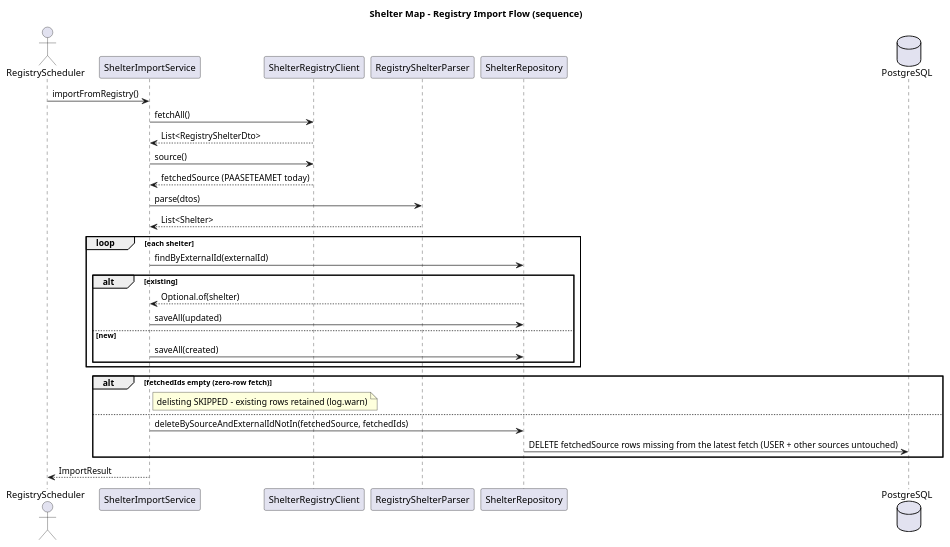
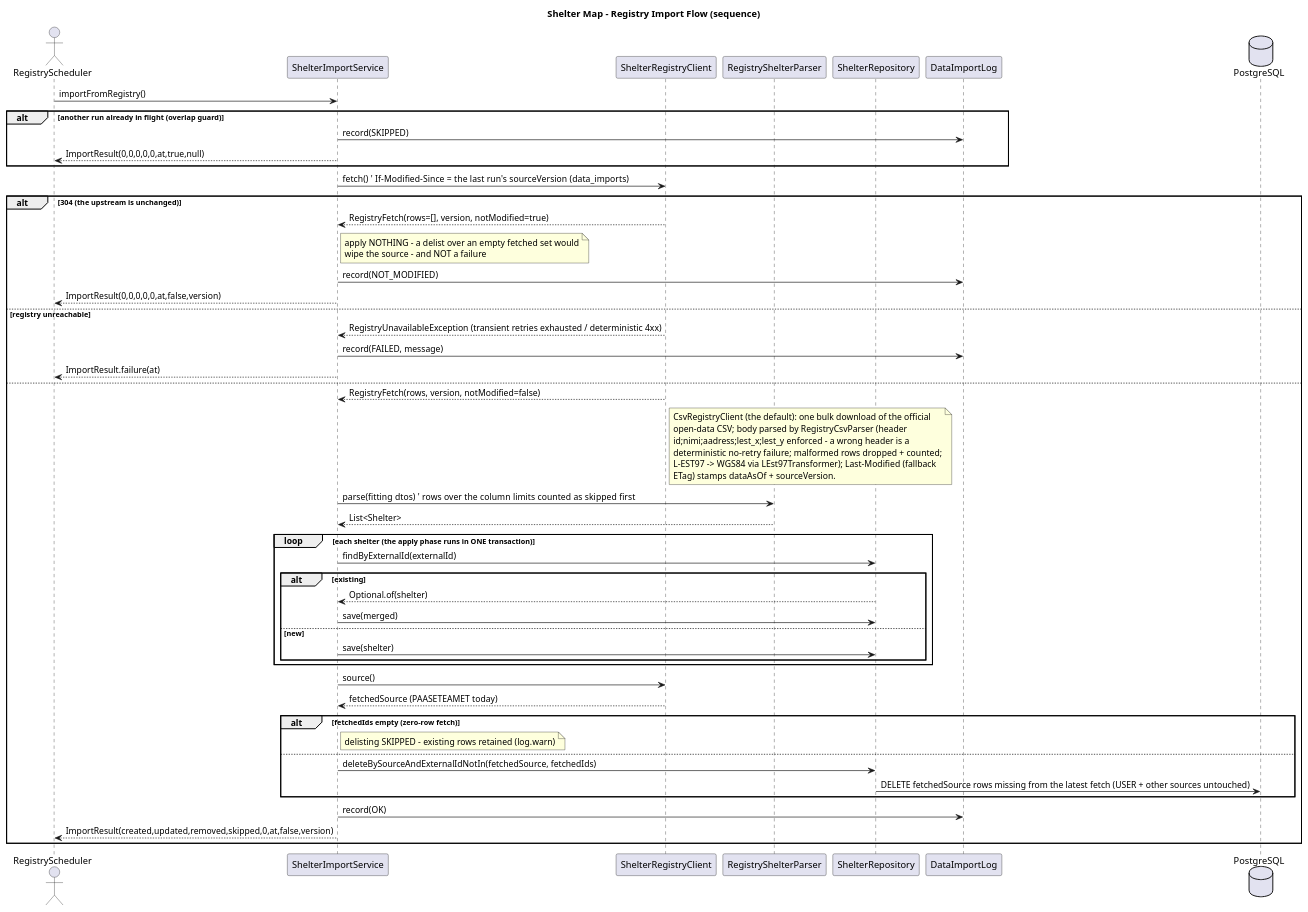
Before and after one commit to Bro223/OpenShelter: the second of 2 diagrams in context-and-tasks/04-ingestion.puml, drawn with PlantUML. The commit also changed other lines of this file and 23 other files, not shown here.

```diff
--- a/context-and-tasks/04-ingestion.puml
+++ b/context-and-tasks/04-ingestion.puml
@@ -183,33 +265,61 @@
 @startuml
 title Shelter Map - Registry Import Flow (sequence)
 actor RegistryScheduler
 participant "ShelterImportService" as SIS
 participant "ShelterRegistryClient" as RC
 participant "RegistryShelterParser" as P
 participant "ShelterRepository" as REPO
+participant "DataImportLog" as LOG
 database "PostgreSQL" as DB
 
 RegistryScheduler -> SIS : importFromRegistry()
-SIS -> RC : fetchAll()
-RC --> SIS : List<RegistryShelterDto>
-SIS -> RC : source()
-RC --> SIS : fetchedSource (PAASETEAMET today)
-SIS -> P : parse(dtos)
-P --> SIS : List<Shelter>
-loop each shelter
-  SIS -> REPO : findByExternalId(externalId)
-  alt existing
-    REPO --> SIS : Optional.of(shelter)
-    SIS -> REPO : saveAll(updated)
-  else new
-    SIS -> REPO : saveAll(created)
+alt another run already in flight (overlap guard)
+  SIS -> LOG : record(SKIPPED)
+  SIS --> RegistryScheduler : ImportResult(0,0,0,0,0,at,true,null)
+end
+SIS -> RC : fetch()   ' If-Modified-Since = the last run's sourceVersion (data_imports)
+alt 304 (the upstream is unchanged)
+  RC --> SIS : RegistryFetch(rows=[], version, notModified=true)
+  note right of SIS
+    apply NOTHING - a delist over an empty fetched set would
+    wipe the source - and NOT a failure
+  end note
+  SIS -> LOG : record(NOT_MODIFIED)
+  SIS --> RegistryScheduler : ImportResult(0,0,0,0,0,at,false,version)
+else registry unreachable
+  RC --> SIS : RegistryUnavailableException (transient retries exhausted / deterministic 4xx)
+  SIS -> LOG : record(FAILED, message)
+  SIS --> RegistryScheduler : ImportResult.failure(at)
+else
+  RC --> SIS : RegistryFetch(rows, version, notModified=false)
+  note right of RC
+    CsvRegistryClient (the default): one bulk download of the official
+    open-data CSV; body parsed by RegistryCsvParser (header
+    id;nimi;aadress;lest_x;lest_y enforced - a wrong header is a
+    deterministic no-retry failure; malformed rows dropped + counted;
+    L-EST97 -> WGS84 via LEst97Transformer); Last-Modified (fallback
+    ETag) stamps dataAsOf + sourceVersion.
+  end note
+  SIS -> P : parse(fitting dtos)   ' rows over the column limits counted as skipped first
+  P --> SIS : List<Shelter>
+  loop each shelter (the apply phase runs in ONE transaction)
+    SIS -> REPO : findByExternalId(externalId)
+    alt existing
+      REPO --> SIS : Optional.of(shelter)
+      SIS -> REPO : save(merged)
+    else new
+      SIS -> REPO : save(shelter)
+    end
   end
+  SIS -> RC : source()
+  RC --> SIS : fetchedSource (PAASETEAMET today)
+  alt fetchedIds empty (zero-row fetch)
+    note right of SIS: delisting SKIPPED - existing rows retained (log.warn)
+  else
+    SIS -> REPO : deleteBySourceAndExternalIdNotIn(fetchedSource, fetchedIds)
+    REPO -> DB : DELETE fetchedSource rows missing from the latest fetch (USER + other sources untouched)
+  end
+  SIS -> LOG : record(OK)
+  SIS --> RegistryScheduler : ImportResult(created,updated,removed,skipped,0,at,false,version)
 end
-alt fetchedIds empty (zero-row fetch)
-  note right of SIS: delisting SKIPPED - existing rows retained (log.warn)
-else
-  SIS -> REPO : deleteBySourceAndExternalIdNotIn(fetchedSource, fetchedIds)
-  REPO -> DB : DELETE fetchedSource rows missing from the latest fetch (USER + other sources untouched)
-end
-SIS --> RegistryScheduler : ImportResult
 @enduml
```
